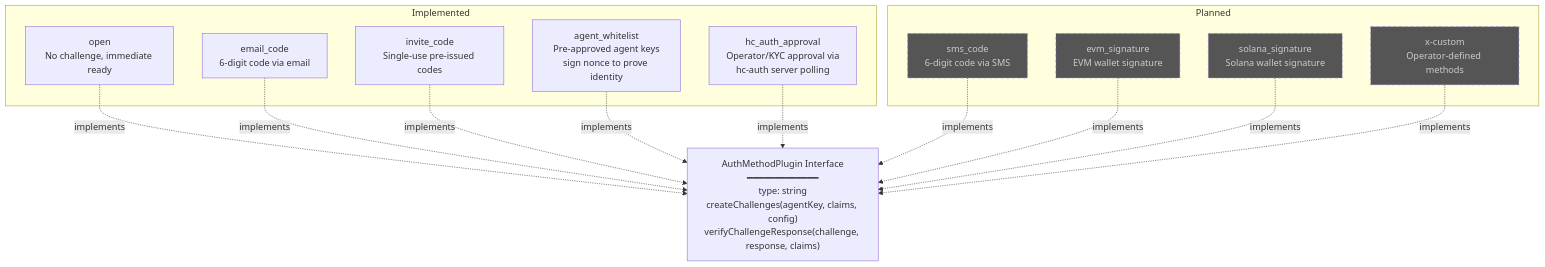
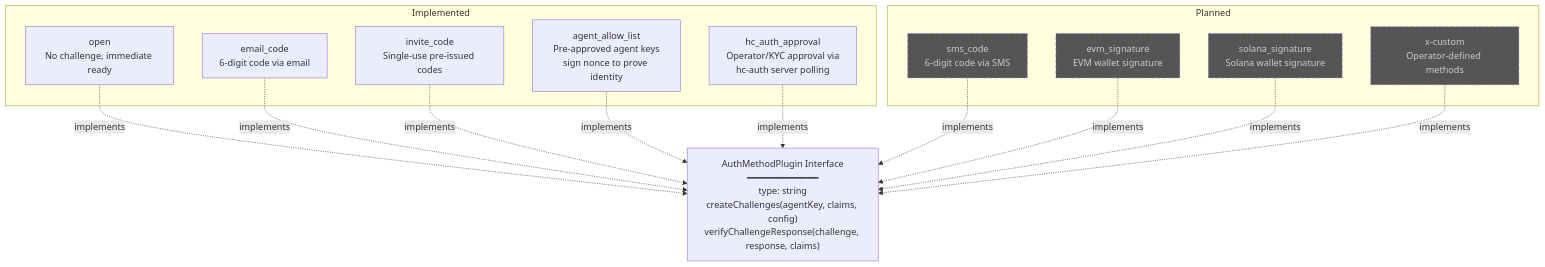
The eighth of 9 diagrams in ARCHITECTURE.md (unytco/joining-service), drawn with Mermaid before and after one commit. The commit also changed other lines of this file and 20 other files, not shown here.

Commit message:
fix: whitelist->allow-list

````diff
--- a/ARCHITECTURE.md
+++ b/ARCHITECTURE.md
@@ -420,34 +420,34 @@
 ```mermaid
 graph TB
     subgraph "Implemented"
         Open["open<br/>No challenge, immediate ready"]
         EmailCode["email_code<br/>6-digit code via email"]
         InviteCode["invite_code<br/>Single-use pre-issued codes"]
-        AgentWL["agent_whitelist<br/>Pre-approved agent keys<br/>sign nonce to prove identity"]
+        AgentWL["agent_allow_list<br/>Pre-approved agent keys<br/>sign nonce to prove identity"]
         HcApproval["hc_auth_approval<br/>Operator/KYC approval via<br/>hc-auth server polling"]
     end
 
     subgraph "Planned"
         SMS["sms_code<br/>6-digit code via SMS"]
         EVM["evm_signature<br/>EVM wallet signature"]
         Solana["solana_signature<br/>Solana wallet signature"]
         Custom["x-custom<br/>Operator-defined methods"]
     end
 
     Interface["AuthMethodPlugin Interface<br/>━━━━━━━━━━━━━<br/>type: string<br/>createChallenges(agentKey, claims, config)<br/>verifyChallengeResponse(challenge, response, claims)"]
 
     Open -.->|implements| Interface
     EmailCode -.->|implements| Interface
     InviteCode -.->|implements| Interface
     AgentWL -.->|implements| Interface
     HcApproval -.->|implements| Interface
     SMS -.->|implements| Interface
     EVM -.->|implements| Interface
     Solana -.->|implements| Interface
     Custom -.->|implements| Interface
 
     style SMS fill:#555,color:#ccc,stroke-dasharray: 5 5
     style EVM fill:#555,color:#ccc,stroke-dasharray: 5 5
     style Solana fill:#555,color:#ccc,stroke-dasharray: 5 5
     style Custom fill:#555,color:#ccc,stroke-dasharray: 5 5
 ```
````
